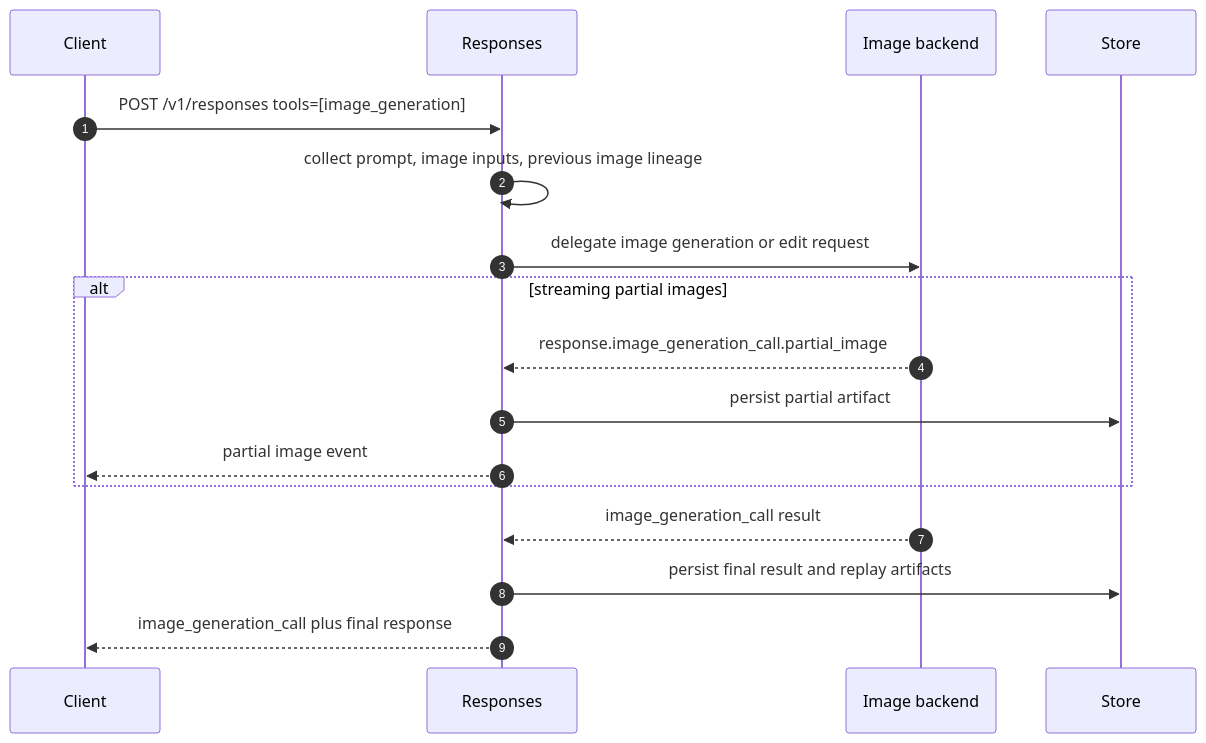
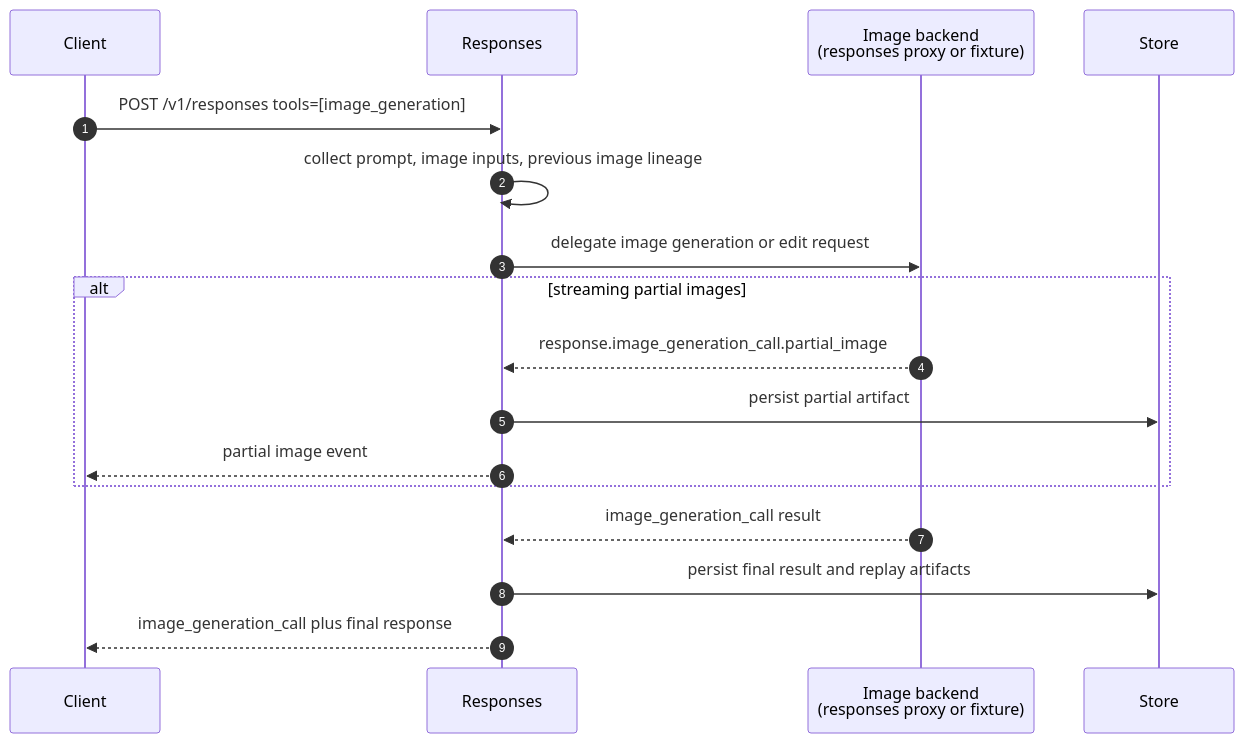
Before and after one commit to avelrl/llama_shim: diagram 14 of 25 in docs/engineering/openai-api-choreography-atlas.md, drawn with Mermaid. The commit also changed other lines of this file and 17 other files, not shown here.

Commit message:
v3: add fixture image generation backend

````diff
--- a/docs/engineering/openai-api-choreography-atlas.md
+++ b/docs/engineering/openai-api-choreography-atlas.md
@@ -573,20 +573,20 @@
 ```mermaid
 sequenceDiagram
   autonumber
   participant C as Client
   participant R as Responses
-  participant B as Image backend
+  participant B as Image backend<br/>(responses proxy or fixture)
   participant DB as Store
 
   C->>R: POST /v1/responses tools=[image_generation]
   R->>R: collect prompt, image inputs, previous image lineage
   R->>B: delegate image generation or edit request
   alt streaming partial images
     B-->>R: response.image_generation_call.partial_image
     R->>DB: persist partial artifact
     R-->>C: partial image event
   end
   B-->>R: image_generation_call result
   R->>DB: persist final result and replay artifacts
   R-->>C: image_generation_call plus final response
 ```
````
